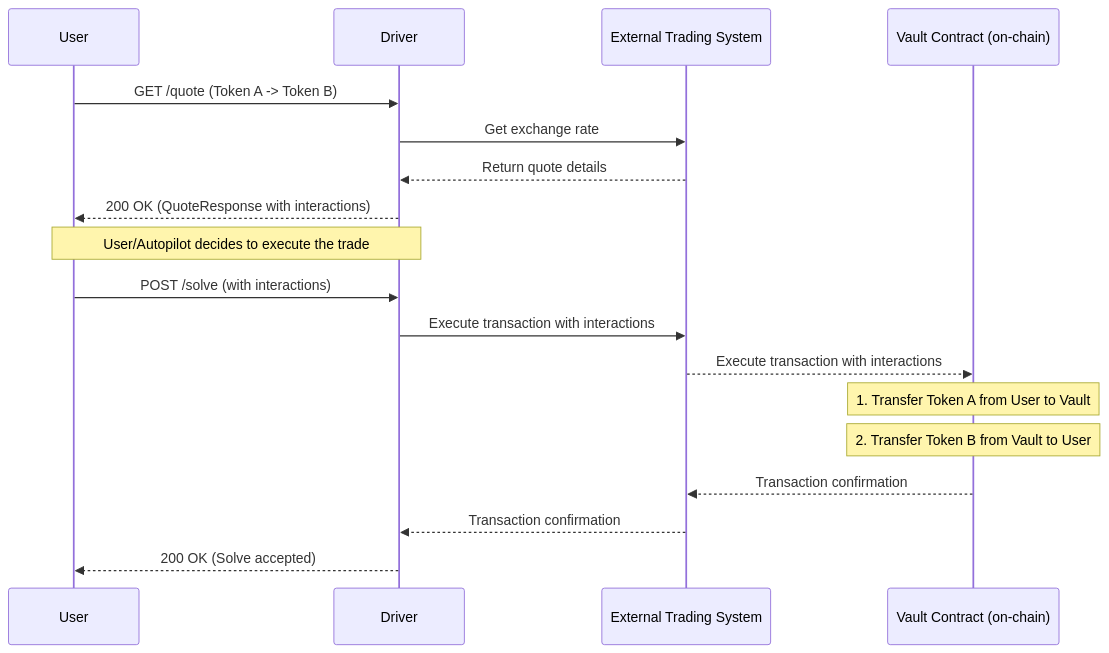
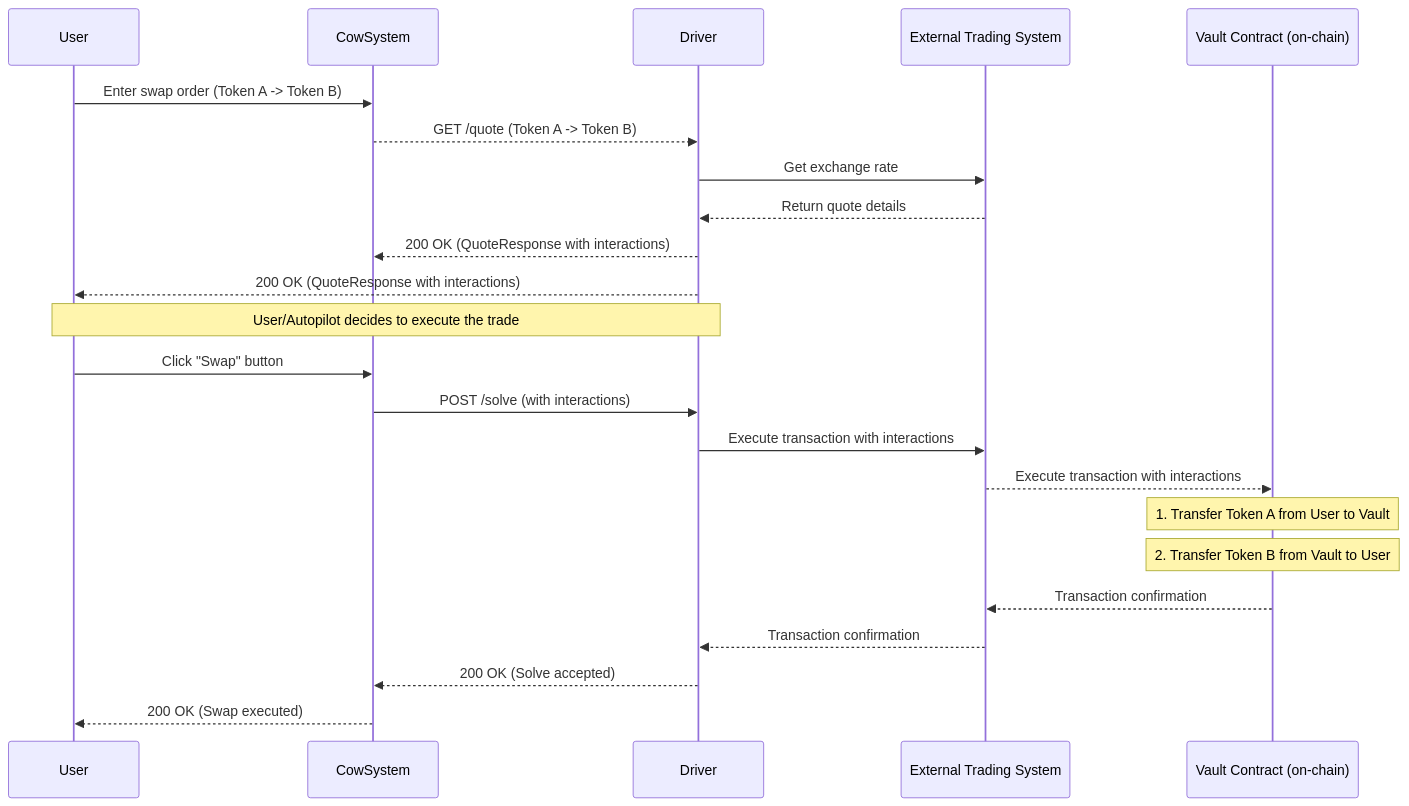
The diagram in crates/driver-hyperliquid-template/intergrate-trading-system.md (tentou-tech/services), drawn with Mermaid before and after one commit.

Commit message:
feat: update sequence diagram

````diff
--- a/crates/driver-hyperliquid-template/intergrate-trading-system.md
+++ b/crates/driver-hyperliquid-template/intergrate-trading-system.md
@@ -73,23 +73,29 @@
 ```mermaid
 sequenceDiagram
     participant User
+    participant CowSystem
     participant Driver
     participant TradingSystem as External Trading System
     participant VaultContract as Vault Contract (on-chain)
 
-    User->>Driver: GET /quote (Token A -> Token B)
+    User->>CowSystem: Enter swap order (Token A -> Token B)
+    CowSystem-->>Driver: GET /quote (Token A -> Token B) 
+
     Driver->>TradingSystem: Get exchange rate
     TradingSystem-->>Driver: Return quote details
+    Driver-->>CowSystem: 200 OK (QuoteResponse with interactions)
     Driver-->>User: 200 OK (QuoteResponse with interactions)
 
     Note over User, Driver: User/Autopilot decides to execute the trade
 
-    User->>Driver: POST /solve (with interactions)
+    User->>CowSystem: Click "Swap" button 
+    CowSystem->>Driver: POST /solve (with interactions)
     Driver->>TradingSystem: Execute transaction with interactions
     TradingSystem-->>VaultContract: Execute transaction with interactions
     Note over VaultContract: 1. Transfer Token A from User to Vault
     Note over VaultContract: 2. Transfer Token B from Vault to User
     VaultContract-->>TradingSystem: Transaction confirmation
     TradingSystem-->>Driver: Transaction confirmation
-    Driver-->>User: 200 OK (Solve accepted)
+    Driver-->>CowSystem: 200 OK (Solve accepted)
+    CowSystem-->>User: 200 OK (Swap executed)
 ```
````
